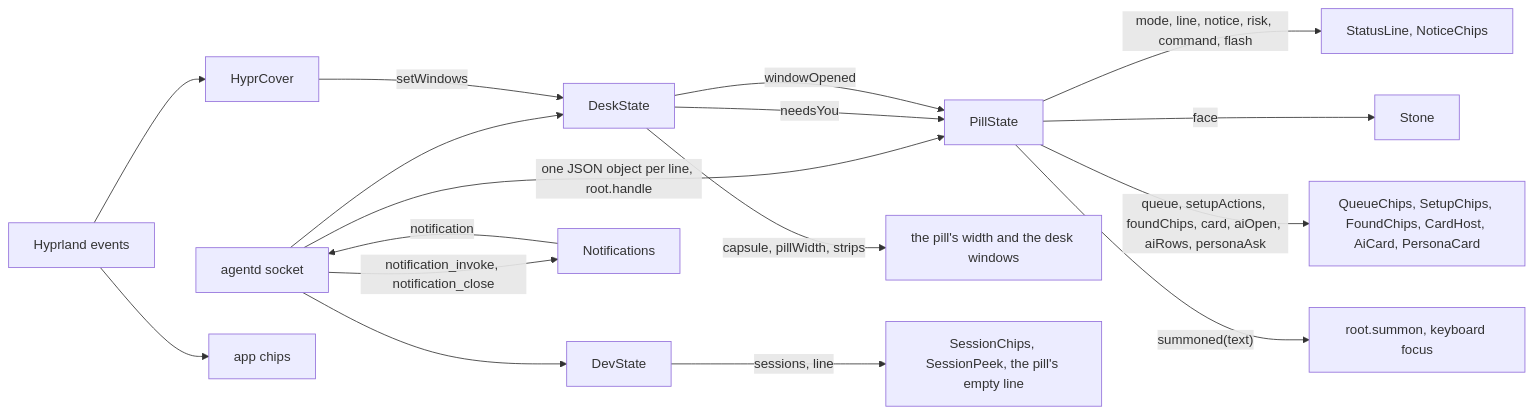
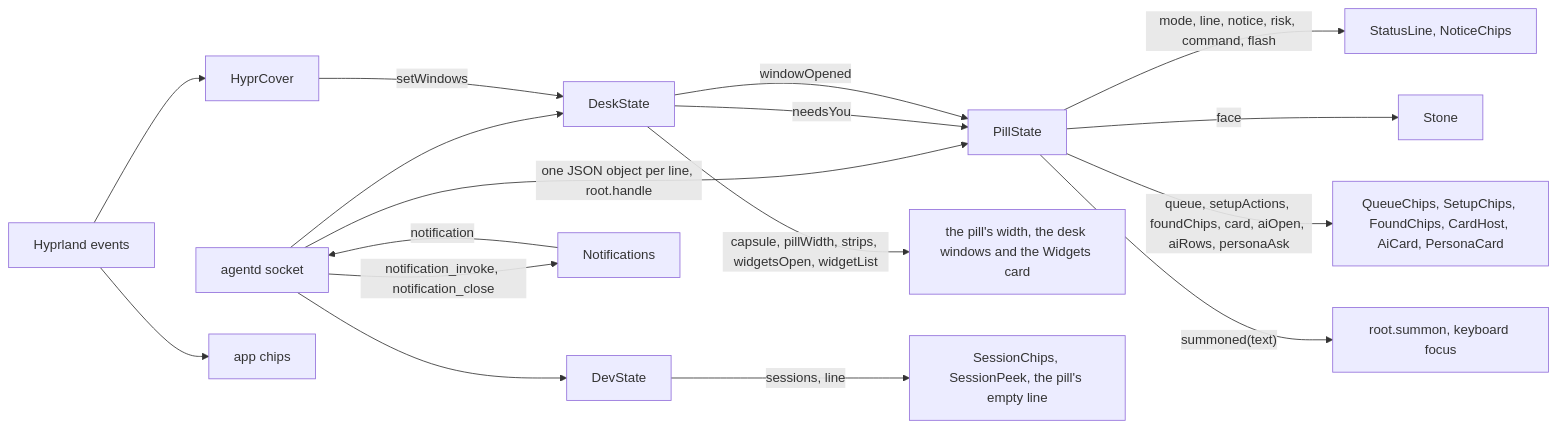
The first of 3 diagrams in docs/architecture/shell.md (thedefaultman/Bombadil), drawn with Mermaid before and after one commit. The commit also changed other lines of this file and 14 other files, not shown here.

First line of the commit message:
docs: the desk, Keep and the Widgets card across the desk, Tips, agent daemon, shell, UX, reference and brief pages

````diff
--- a/docs/architecture/shell.md
+++ b/docs/architecture/shell.md
@@ -12,19 +12,19 @@
 ```mermaid
 flowchart LR
     agentd["agentd socket"] -->|"one JSON object per line, root.handle"| pill["PillState"]
     agentd --> desk["DeskState"]
     agentd --> dev["DevState"]
     agentd -->|"notification_invoke, notification_close"| notif["Notifications"]
     notif -->|"notification"| agentd
     pill -->|"mode, line, notice, risk, command, flash"| line["StatusLine, NoticeChips"]
     pill -->|"face"| stone["Stone"]
     pill -->|"queue, setupActions, foundChips, card, aiOpen, aiRows, personaAsk"| chips["QueueChips, SetupChips, FoundChips, CardHost, AiCard, PersonaCard"]
     pill -->|"summoned(text)"| focus["root.summon, keyboard focus"]
     desk -->|"needsYou"| pill
     desk -->|"windowOpened"| pill
-    desk -->|"capsule, pillWidth, strips"| bar["the pill's width and the desk windows"]
+    desk -->|"capsule, pillWidth, strips, widgetsOpen, widgetList"| bar["the pill's width, the desk windows and the Widgets card"]
     dev -->|"sessions, line"| dots["SessionChips, SessionPeek, the pill's empty line"]
     hypr["Hyprland events"] --> cover["HyprCover"]
     cover -->|"setWindows"| desk
     hypr --> appchips["app chips"]
 ```
````
